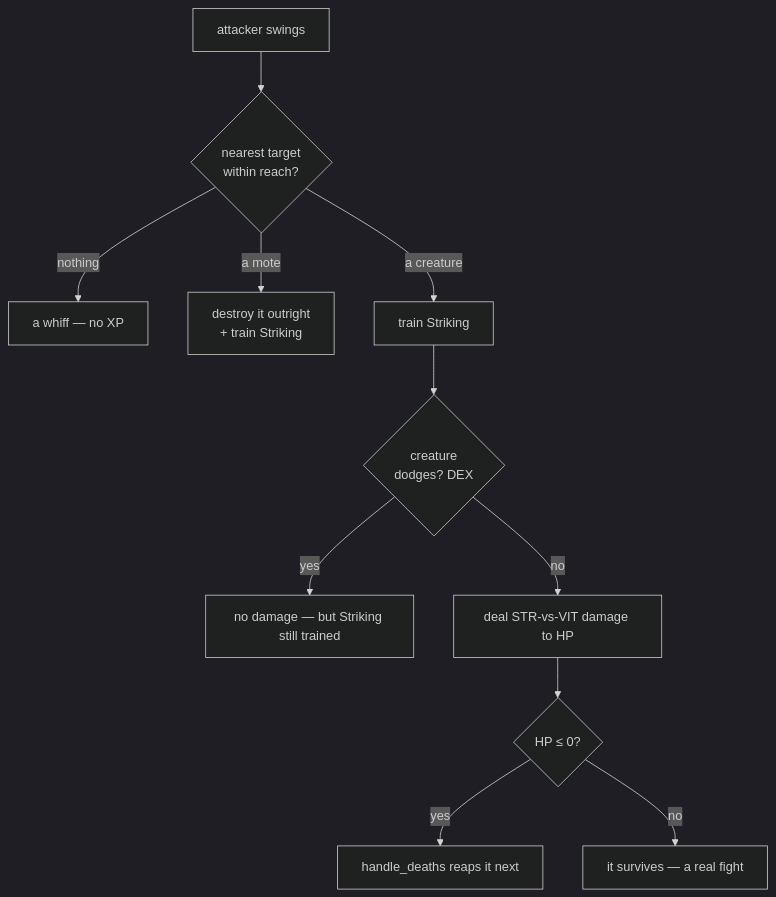
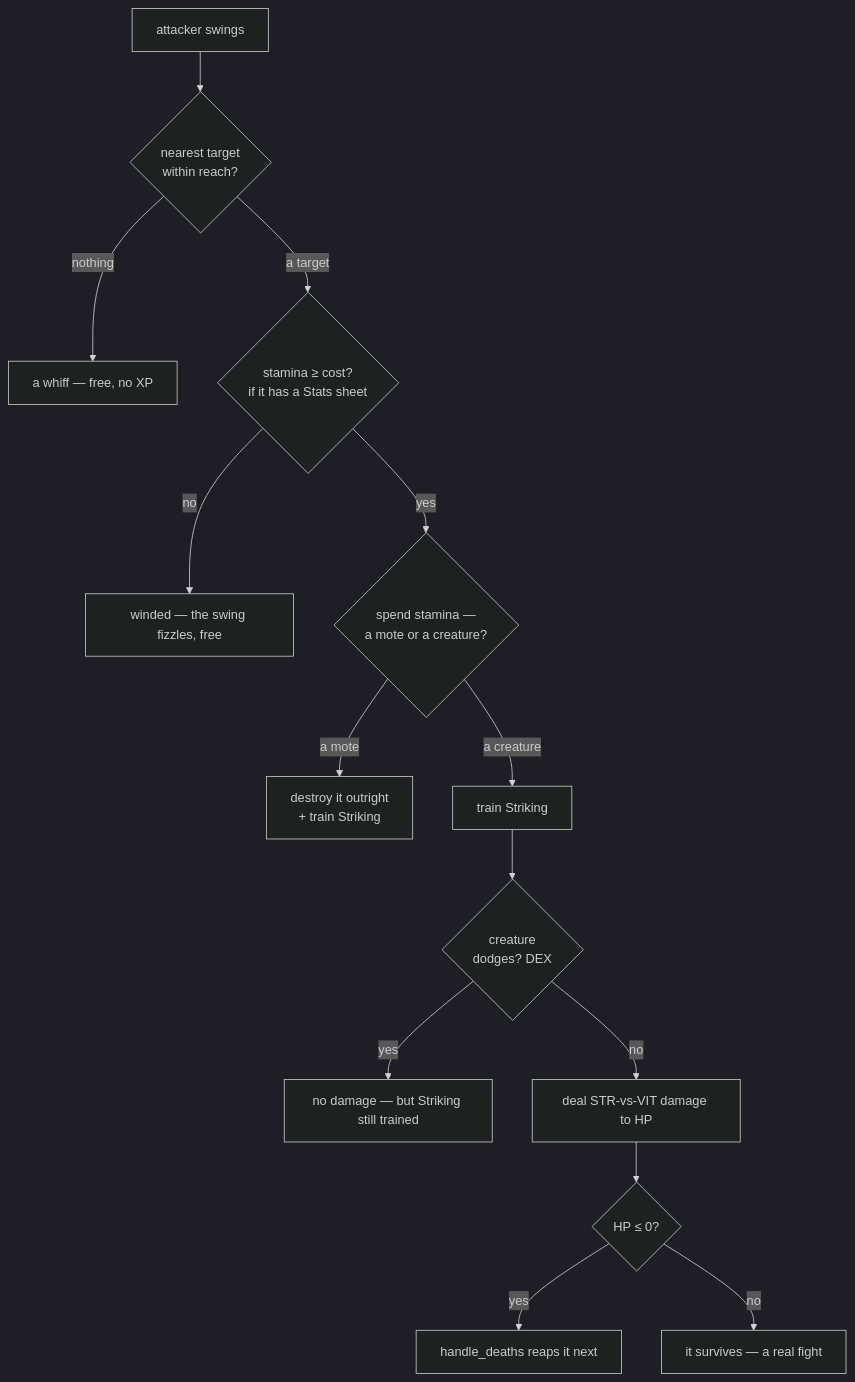
One commit to IsItJeff/game-engine changed the diagram in docs/engine/combat.md. Above: the diagram before and after it, drawn with Mermaid (dark theme). The commit also changed other lines of this file and 2 other files, not shown here.

````diff
--- a/docs/engine/combat.md
+++ b/docs/engine/combat.md
@@ -40,12 +40,15 @@
 ```mermaid
 flowchart TD
   a[attacker swings] --> reach{nearest target<br/>within reach?}
-  reach -->|nothing| miss[a whiff — no XP]
-  reach -->|a mote| pop[destroy it outright<br/>+ train Striking]
-  reach -->|a creature| train[train Striking] --> dodge{creature<br/>dodges? DEX}
+  reach -->|nothing| miss[a whiff — free, no XP]
+  reach -->|a target| stam{stamina ≥ cost?<br/>if it has a Stats sheet}
+  stam -->|no| winded[winded — the swing fizzles, free]
+  stam -->|yes| kind{spend stamina —<br/>a mote or a creature?}
+  kind -->|a mote| pop[destroy it outright<br/>+ train Striking]
+  kind -->|a creature| train[train Striking] --> dodge{creature<br/>dodges? DEX}
   dodge -->|yes| whiff[no damage — but Striking still trained]
   dodge -->|no| dmg[deal STR-vs-VIT damage to HP]
   dmg --> dead{HP ≤ 0?}
   dead -->|yes| reap[handle_deaths reaps it next]
   dead -->|no| live[it survives — a real fight]
 ```
````
